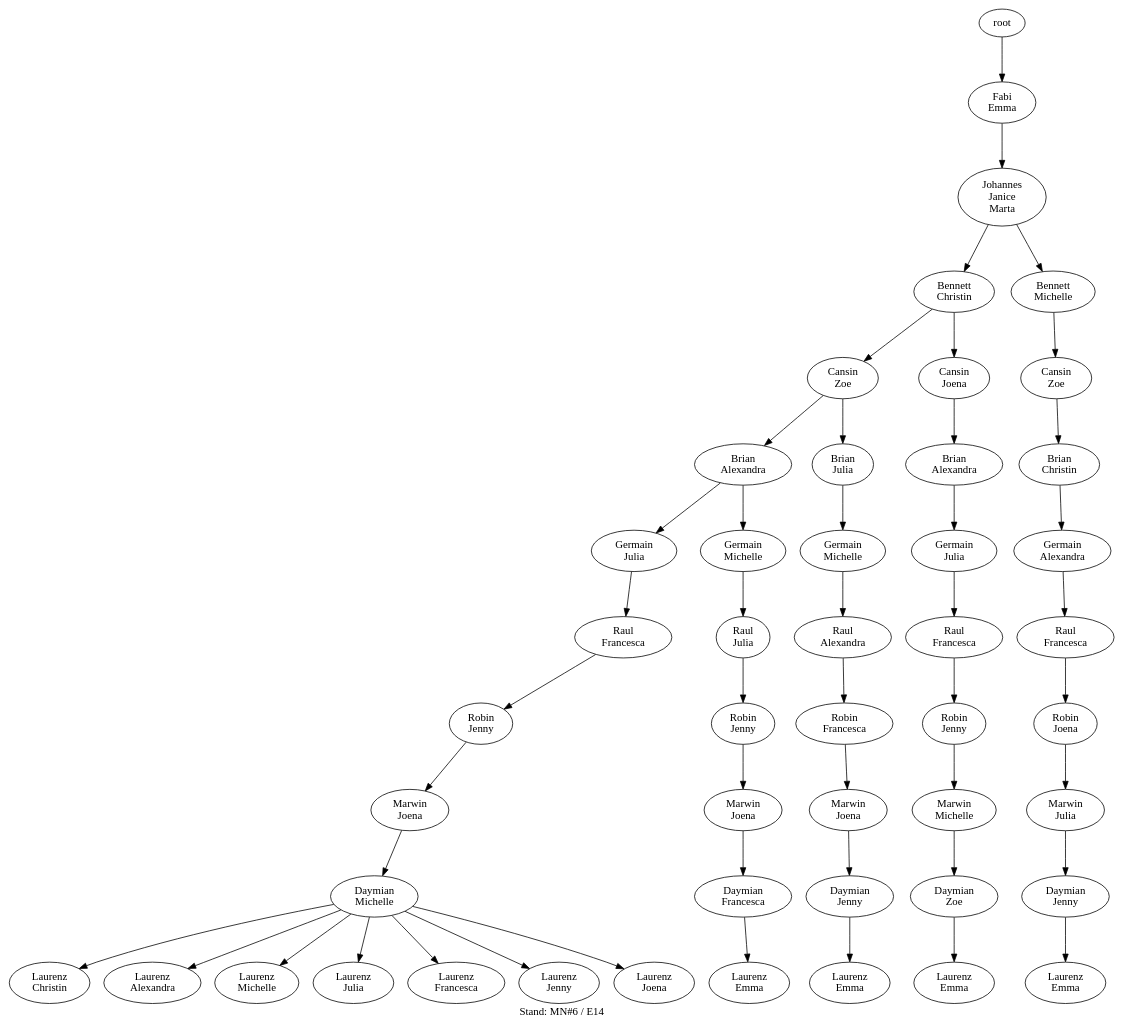
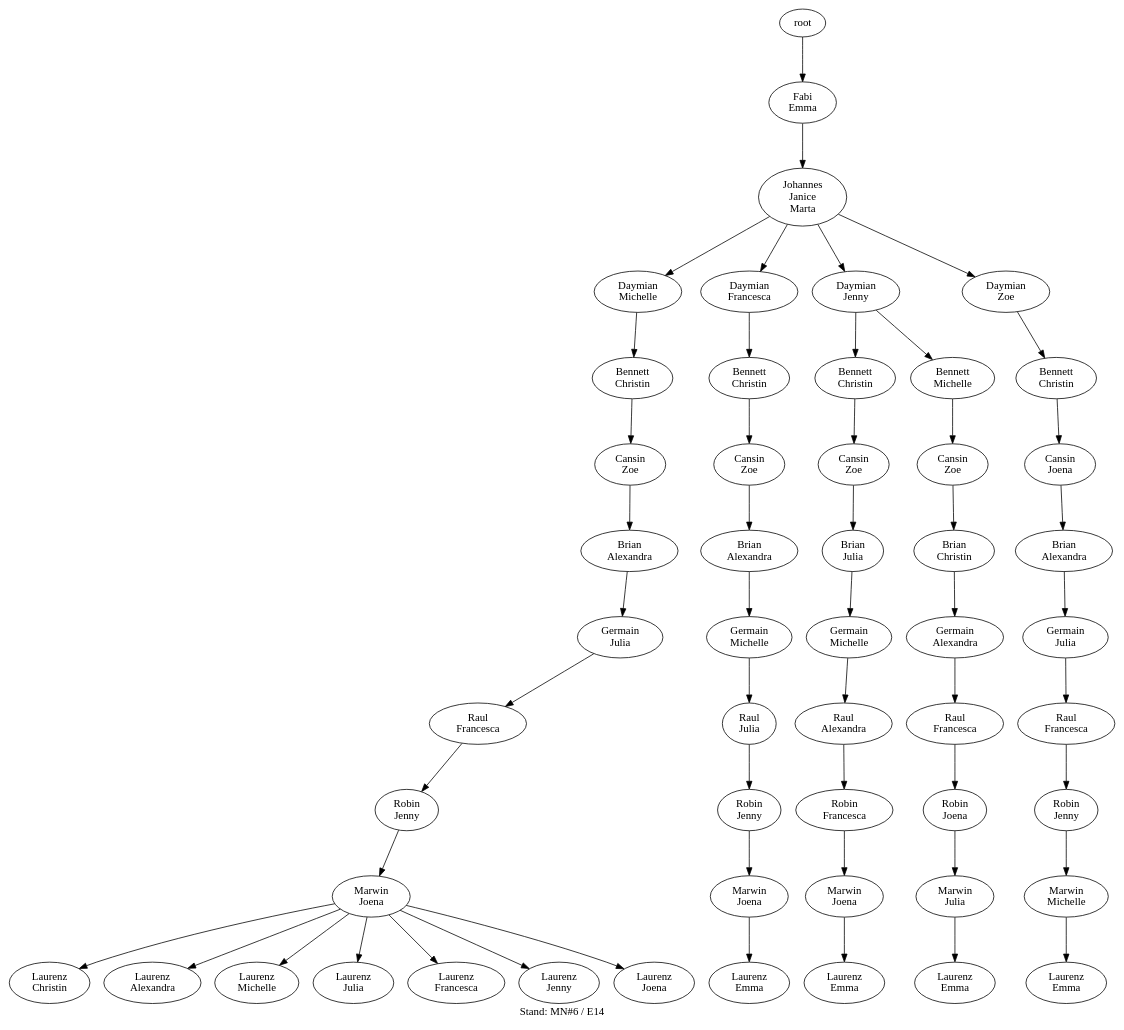
Before and after one commit to atticus-sullivan/sim-ayto: the diagram in data/de06r/de06r_13_tree_.dot, drawn with Graphviz. The commit also changed 1 other file, not shown here.

```diff
--- a/data/de06r/de06r_13_tree_.dot
+++ b/data/de06r/de06r_13_tree_.dot
@@ -3,94 +3,104 @@
 "root" -> "root/100";
 "root/100/10010000"[label="Johannes\nJanice\nMarta"]
 "root/100" -> "root/100/10010000";
-"root/100/10010000/10"[label="Bennett\nChristin"]
-"root/100/10010000" -> "root/100/10010000/10";
-"root/100/10010000/10/1000000000"[label="Cansin\nZoe"]
-"root/100/10010000/10" -> "root/100/10010000/10/1000000000";
-"root/100/10010000/10/1000000000/1"[label="Brian\nAlexandra"]
-"root/100/10010000/10/1000000000" -> "root/100/10010000/10/1000000000/1";
-"root/100/10010000/10/1000000000/1/1000000"[label="Germain\nJulia"]
-"root/100/10010000/10/1000000000/1" -> "root/100/10010000/10/1000000000/1/1000000";
-"root/100/10010000/10/1000000000/1/1000000/1000"[label="Raul\nFrancesca"]
-"root/100/10010000/10/1000000000/1/1000000" -> "root/100/10010000/10/1000000000/1/1000000/1000";
-"root/100/10010000/10/1000000000/1/1000000/1000/100000"[label="Robin\nJenny"]
-"root/100/10010000/10/1000000000/1/1000000/1000" -> "root/100/10010000/10/1000000000/1/1000000/1000/100000";
-"root/100/10010000/10/1000000000/1/1000000/1000/100000/10000000000"[label="Marwin\nJoena"]
-"root/100/10010000/10/1000000000/1/1000000/1000/100000" -> "root/100/10010000/10/1000000000/1/1000000/1000/100000/10000000000";
-"root/100/10010000/10/1000000000/1/1000000/1000/100000/10000000000/100000000"[label="Daymian\nMichelle"]
-"root/100/10010000/10/1000000000/1/1000000/1000/100000/10000000000" -> "root/100/10010000/10/1000000000/1/1000000/1000/100000/10000000000/100000000";
-"root/100/10010000/10/1000000000/1/1000000/1000/100000/10000000000/100000000/10"[label="Laurenz\nChristin"]
-"root/100/10010000/10/1000000000/1/1000000/1000/100000/10000000000/100000000" -> "root/100/10010000/10/1000000000/1/1000000/1000/100000/10000000000/100000000/10";
-"root/100/10010000/10/1000000000/1/1000000/1000/100000/10000000000/100000000/1"[label="Laurenz\nAlexandra"]
-"root/100/10010000/10/1000000000/1/1000000/1000/100000/10000000000/100000000" -> "root/100/10010000/10/1000000000/1/1000000/1000/100000/10000000000/100000000/1";
-"root/100/10010000/10/1000000000/1/1000000/1000/100000/10000000000/100000000/100000000"[label="Laurenz\nMichelle"]
-"root/100/10010000/10/1000000000/1/1000000/1000/100000/10000000000/100000000" -> "root/100/10010000/10/1000000000/1/1000000/1000/100000/10000000000/100000000/100000000";
-"root/100/10010000/10/1000000000/1/100000000"[label="Germain\nMichelle"]
-"root/100/10010000/10/1000000000/1" -> "root/100/10010000/10/1000000000/1/100000000";
-"root/100/10010000/10/1000000000/1/100000000/1000000"[label="Raul\nJulia"]
-"root/100/10010000/10/1000000000/1/100000000" -> "root/100/10010000/10/1000000000/1/100000000/1000000";
-"root/100/10010000/10/1000000000/1/100000000/1000000/100000"[label="Robin\nJenny"]
-"root/100/10010000/10/1000000000/1/100000000/1000000" -> "root/100/10010000/10/1000000000/1/100000000/1000000/100000";
-"root/100/10010000/10/1000000000/1/100000000/1000000/100000/10000000000"[label="Marwin\nJoena"]
-"root/100/10010000/10/1000000000/1/100000000/1000000/100000" -> "root/100/10010000/10/1000000000/1/100000000/1000000/100000/10000000000";
-"root/100/10010000/10/1000000000/1/100000000/1000000/100000/10000000000/1000"[label="Daymian\nFrancesca"]
-"root/100/10010000/10/1000000000/1/100000000/1000000/100000/10000000000" -> "root/100/10010000/10/1000000000/1/100000000/1000000/100000/10000000000/1000";
-"root/100/10010000/10/1000000000/1/100000000/1000000/100000/10000000000/1000/100"[label="Laurenz\nEmma"]
-"root/100/10010000/10/1000000000/1/100000000/1000000/100000/10000000000/1000" -> "root/100/10010000/10/1000000000/1/100000000/1000000/100000/10000000000/1000/100";
-"root/100/10010000/10/1000000000/1000000"[label="Brian\nJulia"]
-"root/100/10010000/10/1000000000" -> "root/100/10010000/10/1000000000/1000000";
-"root/100/10010000/10/1000000000/1000000/100000000"[label="Germain\nMichelle"]
-"root/100/10010000/10/1000000000/1000000" -> "root/100/10010000/10/1000000000/1000000/100000000";
-"root/100/10010000/10/1000000000/1000000/100000000/1"[label="Raul\nAlexandra"]
-"root/100/10010000/10/1000000000/1000000/100000000" -> "root/100/10010000/10/1000000000/1000000/100000000/1";
-"root/100/10010000/10/1000000000/1000000/100000000/1/1000"[label="Robin\nFrancesca"]
-"root/100/10010000/10/1000000000/1000000/100000000/1" -> "root/100/10010000/10/1000000000/1000000/100000000/1/1000";
-"root/100/10010000/10/1000000000/1000000/100000000/1/1000/10000000000"[label="Marwin\nJoena"]
-"root/100/10010000/10/1000000000/1000000/100000000/1/1000" -> "root/100/10010000/10/1000000000/1000000/100000000/1/1000/10000000000";
-"root/100/10010000/10/1000000000/1000000/100000000/1/1000/10000000000/100000"[label="Daymian\nJenny"]
-"root/100/10010000/10/1000000000/1000000/100000000/1/1000/10000000000" -> "root/100/10010000/10/1000000000/1000000/100000000/1/1000/10000000000/100000";
-"root/100/10010000/10/1000000000/1000000/100000000/1/1000/10000000000/100000/100"[label="Laurenz\nEmma"]
-"root/100/10010000/10/1000000000/1000000/100000000/1/1000/10000000000/100000" -> "root/100/10010000/10/1000000000/1000000/100000000/1/1000/10000000000/100000/100";
-"root/100/10010000/100000000"[label="Bennett\nMichelle"]
+"root/100/10010000/100000000"[label="Daymian\nMichelle"]
 "root/100/10010000" -> "root/100/10010000/100000000";
-"root/100/10010000/100000000/1000000000"[label="Cansin\nZoe"]
-"root/100/10010000/100000000" -> "root/100/10010000/100000000/1000000000";
-"root/100/10010000/100000000/1000000000/10"[label="Brian\nChristin"]
-"root/100/10010000/100000000/1000000000" -> "root/100/10010000/100000000/1000000000/10";
-"root/100/10010000/100000000/1000000000/10/1"[label="Germain\nAlexandra"]
-"root/100/10010000/100000000/1000000000/10" -> "root/100/10010000/100000000/1000000000/10/1";
-"root/100/10010000/100000000/1000000000/10/1/1000"[label="Raul\nFrancesca"]
-"root/100/10010000/100000000/1000000000/10/1" -> "root/100/10010000/100000000/1000000000/10/1/1000";
-"root/100/10010000/100000000/1000000000/10/1/1000/10000000000"[label="Robin\nJoena"]
-"root/100/10010000/100000000/1000000000/10/1/1000" -> "root/100/10010000/100000000/1000000000/10/1/1000/10000000000";
-"root/100/10010000/100000000/1000000000/10/1/1000/10000000000/1000000"[label="Marwin\nJulia"]
-"root/100/10010000/100000000/1000000000/10/1/1000/10000000000" -> "root/100/10010000/100000000/1000000000/10/1/1000/10000000000/1000000";
-"root/100/10010000/100000000/1000000000/10/1/1000/10000000000/1000000/100000"[label="Daymian\nJenny"]
-"root/100/10010000/100000000/1000000000/10/1/1000/10000000000/1000000" -> "root/100/10010000/100000000/1000000000/10/1/1000/10000000000/1000000/100000";
-"root/100/10010000/100000000/1000000000/10/1/1000/10000000000/1000000/100000/100"[label="Laurenz\nEmma"]
-"root/100/10010000/100000000/1000000000/10/1/1000/10000000000/1000000/100000" -> "root/100/10010000/100000000/1000000000/10/1/1000/10000000000/1000000/100000/100";
-"root/100/10010000/10/10000000000"[label="Cansin\nJoena"]
-"root/100/10010000/10" -> "root/100/10010000/10/10000000000";
-"root/100/10010000/10/10000000000/1"[label="Brian\nAlexandra"]
-"root/100/10010000/10/10000000000" -> "root/100/10010000/10/10000000000/1";
-"root/100/10010000/10/10000000000/1/1000000"[label="Germain\nJulia"]
-"root/100/10010000/10/10000000000/1" -> "root/100/10010000/10/10000000000/1/1000000";
-"root/100/10010000/10/10000000000/1/1000000/1000"[label="Raul\nFrancesca"]
-"root/100/10010000/10/10000000000/1/1000000" -> "root/100/10010000/10/10000000000/1/1000000/1000";
-"root/100/10010000/10/10000000000/1/1000000/1000/100000"[label="Robin\nJenny"]
-"root/100/10010000/10/10000000000/1/1000000/1000" -> "root/100/10010000/10/10000000000/1/1000000/1000/100000";
-"root/100/10010000/10/10000000000/1/1000000/1000/100000/100000000"[label="Marwin\nMichelle"]
-"root/100/10010000/10/10000000000/1/1000000/1000/100000" -> "root/100/10010000/10/10000000000/1/1000000/1000/100000/100000000";
-"root/100/10010000/10/10000000000/1/1000000/1000/100000/100000000/1000000000"[label="Daymian\nZoe"]
-"root/100/10010000/10/10000000000/1/1000000/1000/100000/100000000" -> "root/100/10010000/10/10000000000/1/1000000/1000/100000/100000000/1000000000";
-"root/100/10010000/10/10000000000/1/1000000/1000/100000/100000000/1000000000/100"[label="Laurenz\nEmma"]
-"root/100/10010000/10/10000000000/1/1000000/1000/100000/100000000/1000000000" -> "root/100/10010000/10/10000000000/1/1000000/1000/100000/100000000/1000000000/100";
-"root/100/10010000/10/1000000000/1/1000000/1000/100000/10000000000/100000000/1000000"[label="Laurenz\nJulia"]
-"root/100/10010000/10/1000000000/1/1000000/1000/100000/10000000000/100000000" -> "root/100/10010000/10/1000000000/1/1000000/1000/100000/10000000000/100000000/1000000";
-"root/100/10010000/10/1000000000/1/1000000/1000/100000/10000000000/100000000/1000"[label="Laurenz\nFrancesca"]
-"root/100/10010000/10/1000000000/1/1000000/1000/100000/10000000000/100000000" -> "root/100/10010000/10/1000000000/1/1000000/1000/100000/10000000000/100000000/1000";
-"root/100/10010000/10/1000000000/1/1000000/1000/100000/10000000000/100000000/100000"[label="Laurenz\nJenny"]
-"root/100/10010000/10/1000000000/1/1000000/1000/100000/10000000000/100000000" -> "root/100/10010000/10/1000000000/1/1000000/1000/100000/10000000000/100000000/100000";
-"root/100/10010000/10/1000000000/1/1000000/1000/100000/10000000000/100000000/10000000000"[label="Laurenz\nJoena"]
-"root/100/10010000/10/1000000000/1/1000000/1000/100000/10000000000/100000000" -> "root/100/10010000/10/1000000000/1/1000000/1000/100000/10000000000/100000000/10000000000";
+"root/100/10010000/100000000/10"[label="Bennett\nChristin"]
+"root/100/10010000/100000000" -> "root/100/10010000/100000000/10";
+"root/100/10010000/100000000/10/1000000000"[label="Cansin\nZoe"]
+"root/100/10010000/100000000/10" -> "root/100/10010000/100000000/10/1000000000";
+"root/100/10010000/100000000/10/1000000000/1"[label="Brian\nAlexandra"]
+"root/100/10010000/100000000/10/1000000000" -> "root/100/10010000/100000000/10/1000000000/1";
+"root/100/10010000/100000000/10/1000000000/1/1000000"[label="Germain\nJulia"]
+"root/100/10010000/100000000/10/1000000000/1" -> "root/100/10010000/100000000/10/1000000000/1/1000000";
+"root/100/10010000/100000000/10/1000000000/1/1000000/1000"[label="Raul\nFrancesca"]
+"root/100/10010000/100000000/10/1000000000/1/1000000" -> "root/100/10010000/100000000/10/1000000000/1/1000000/1000";
+"root/100/10010000/100000000/10/1000000000/1/1000000/1000/100000"[label="Robin\nJenny"]
+"root/100/10010000/100000000/10/1000000000/1/1000000/1000" -> "root/100/10010000/100000000/10/1000000000/1/1000000/1000/100000";
+"root/100/10010000/100000000/10/1000000000/1/1000000/1000/100000/10000000000"[label="Marwin\nJoena"]
+"root/100/10010000/100000000/10/1000000000/1/1000000/1000/100000" -> "root/100/10010000/100000000/10/1000000000/1/1000000/1000/100000/10000000000";
+"root/100/10010000/100000000/10/1000000000/1/1000000/1000/100000/10000000000/10"[label="Laurenz\nChristin"]
+"root/100/10010000/100000000/10/1000000000/1/1000000/1000/100000/10000000000" -> "root/100/10010000/100000000/10/1000000000/1/1000000/1000/100000/10000000000/10";
+"root/100/10010000/100000000/10/1000000000/1/1000000/1000/100000/10000000000/1"[label="Laurenz\nAlexandra"]
+"root/100/10010000/100000000/10/1000000000/1/1000000/1000/100000/10000000000" -> "root/100/10010000/100000000/10/1000000000/1/1000000/1000/100000/10000000000/1";
+"root/100/10010000/100000000/10/1000000000/1/1000000/1000/100000/10000000000/100000000"[label="Laurenz\nMichelle"]
+"root/100/10010000/100000000/10/1000000000/1/1000000/1000/100000/10000000000" -> "root/100/10010000/100000000/10/1000000000/1/1000000/1000/100000/10000000000/100000000";
+"root/100/10010000/1000"[label="Daymian\nFrancesca"]
+"root/100/10010000" -> "root/100/10010000/1000";
+"root/100/10010000/1000/10"[label="Bennett\nChristin"]
+"root/100/10010000/1000" -> "root/100/10010000/1000/10";
+"root/100/10010000/1000/10/1000000000"[label="Cansin\nZoe"]
+"root/100/10010000/1000/10" -> "root/100/10010000/1000/10/1000000000";
+"root/100/10010000/1000/10/1000000000/1"[label="Brian\nAlexandra"]
+"root/100/10010000/1000/10/1000000000" -> "root/100/10010000/1000/10/1000000000/1";
+"root/100/10010000/1000/10/1000000000/1/100000000"[label="Germain\nMichelle"]
+"root/100/10010000/1000/10/1000000000/1" -> "root/100/10010000/1000/10/1000000000/1/100000000";
+"root/100/10010000/1000/10/1000000000/1/100000000/1000000"[label="Raul\nJulia"]
+"root/100/10010000/1000/10/1000000000/1/100000000" -> "root/100/10010000/1000/10/1000000000/1/100000000/1000000";
+"root/100/10010000/1000/10/1000000000/1/100000000/1000000/100000"[label="Robin\nJenny"]
+"root/100/10010000/1000/10/1000000000/1/100000000/1000000" -> "root/100/10010000/1000/10/1000000000/1/100000000/1000000/100000";
+"root/100/10010000/1000/10/1000000000/1/100000000/1000000/100000/10000000000"[label="Marwin\nJoena"]
+"root/100/10010000/1000/10/1000000000/1/100000000/1000000/100000" -> "root/100/10010000/1000/10/1000000000/1/100000000/1000000/100000/10000000000";
+"root/100/10010000/1000/10/1000000000/1/100000000/1000000/100000/10000000000/100"[label="Laurenz\nEmma"]
+"root/100/10010000/1000/10/1000000000/1/100000000/1000000/100000/10000000000" -> "root/100/10010000/1000/10/1000000000/1/100000000/1000000/100000/10000000000/100";
+"root/100/10010000/100000"[label="Daymian\nJenny"]
+"root/100/10010000" -> "root/100/10010000/100000";
+"root/100/10010000/100000/10"[label="Bennett\nChristin"]
+"root/100/10010000/100000" -> "root/100/10010000/100000/10";
+"root/100/10010000/100000/10/1000000000"[label="Cansin\nZoe"]
+"root/100/10010000/100000/10" -> "root/100/10010000/100000/10/1000000000";
+"root/100/10010000/100000/10/1000000000/1000000"[label="Brian\nJulia"]
+"root/100/10010000/100000/10/1000000000" -> "root/100/10010000/100000/10/1000000000/1000000";
+"root/100/10010000/100000/10/1000000000/1000000/100000000"[label="Germain\nMichelle"]
+"root/100/10010000/100000/10/1000000000/1000000" -> "root/100/10010000/100000/10/1000000000/1000000/100000000";
+"root/100/10010000/100000/10/1000000000/1000000/100000000/1"[label="Raul\nAlexandra"]
+"root/100/10010000/100000/10/1000000000/1000000/100000000" -> "root/100/10010000/100000/10/1000000000/1000000/100000000/1";
+"root/100/10010000/100000/10/1000000000/1000000/100000000/1/1000"[label="Robin\nFrancesca"]
+"root/100/10010000/100000/10/1000000000/1000000/100000000/1" -> "root/100/10010000/100000/10/1000000000/1000000/100000000/1/1000";
+"root/100/10010000/100000/10/1000000000/1000000/100000000/1/1000/10000000000"[label="Marwin\nJoena"]
+"root/100/10010000/100000/10/1000000000/1000000/100000000/1/1000" -> "root/100/10010000/100000/10/1000000000/1000000/100000000/1/1000/10000000000";
+"root/100/10010000/100000/10/1000000000/1000000/100000000/1/1000/10000000000/100"[label="Laurenz\nEmma"]
+"root/100/10010000/100000/10/1000000000/1000000/100000000/1/1000/10000000000" -> "root/100/10010000/100000/10/1000000000/1000000/100000000/1/1000/10000000000/100";
+"root/100/10010000/100000/100000000"[label="Bennett\nMichelle"]
+"root/100/10010000/100000" -> "root/100/10010000/100000/100000000";
+"root/100/10010000/100000/100000000/1000000000"[label="Cansin\nZoe"]
+"root/100/10010000/100000/100000000" -> "root/100/10010000/100000/100000000/1000000000";
+"root/100/10010000/100000/100000000/1000000000/10"[label="Brian\nChristin"]
+"root/100/10010000/100000/100000000/1000000000" -> "root/100/10010000/100000/100000000/1000000000/10";
+"root/100/10010000/100000/100000000/1000000000/10/1"[label="Germain\nAlexandra"]
+"root/100/10010000/100000/100000000/1000000000/10" -> "root/100/10010000/100000/100000000/1000000000/10/1";
+"root/100/10010000/100000/100000000/1000000000/10/1/1000"[label="Raul\nFrancesca"]
+"root/100/10010000/100000/100000000/1000000000/10/1" -> "root/100/10010000/100000/100000000/1000000000/10/1/1000";
+"root/100/10010000/100000/100000000/1000000000/10/1/1000/10000000000"[label="Robin\nJoena"]
+"root/100/10010000/100000/100000000/1000000000/10/1/1000" -> "root/100/10010000/100000/100000000/1000000000/10/1/1000/10000000000";
+"root/100/10010000/100000/100000000/1000000000/10/1/1000/10000000000/1000000"[label="Marwin\nJulia"]
+"root/100/10010000/100000/100000000/1000000000/10/1/1000/10000000000" -> "root/100/10010000/100000/100000000/1000000000/10/1/1000/10000000000/1000000";
+"root/100/10010000/100000/100000000/1000000000/10/1/1000/10000000000/1000000/100"[label="Laurenz\nEmma"]
+"root/100/10010000/100000/100000000/1000000000/10/1/1000/10000000000/1000000" -> "root/100/10010000/100000/100000000/1000000000/10/1/1000/10000000000/1000000/100";
+"root/100/10010000/1000000000"[label="Daymian\nZoe"]
+"root/100/10010000" -> "root/100/10010000/1000000000";
+"root/100/10010000/1000000000/10"[label="Bennett\nChristin"]
+"root/100/10010000/1000000000" -> "root/100/10010000/1000000000/10";
+"root/100/10010000/1000000000/10/10000000000"[label="Cansin\nJoena"]
+"root/100/10010000/1000000000/10" -> "root/100/10010000/1000000000/10/10000000000";
+"root/100/10010000/1000000000/10/10000000000/1"[label="Brian\nAlexandra"]
+"root/100/10010000/1000000000/10/10000000000" -> "root/100/10010000/1000000000/10/10000000000/1";
+"root/100/10010000/1000000000/10/10000000000/1/1000000"[label="Germain\nJulia"]
+"root/100/10010000/1000000000/10/10000000000/1" -> "root/100/10010000/1000000000/10/10000000000/1/1000000";
+"root/100/10010000/1000000000/10/10000000000/1/1000000/1000"[label="Raul\nFrancesca"]
+"root/100/10010000/1000000000/10/10000000000/1/1000000" -> "root/100/10010000/1000000000/10/10000000000/1/1000000/1000";
+"root/100/10010000/1000000000/10/10000000000/1/1000000/1000/100000"[label="Robin\nJenny"]
+"root/100/10010000/1000000000/10/10000000000/1/1000000/1000" -> "root/100/10010000/1000000000/10/10000000000/1/1000000/1000/100000";
+"root/100/10010000/1000000000/10/10000000000/1/1000000/1000/100000/100000000"[label="Marwin\nMichelle"]
+"root/100/10010000/1000000000/10/10000000000/1/1000000/1000/100000" -> "root/100/10010000/1000000000/10/10000000000/1/1000000/1000/100000/100000000";
+"root/100/10010000/1000000000/10/10000000000/1/1000000/1000/100000/100000000/100"[label="Laurenz\nEmma"]
+"root/100/10010000/1000000000/10/10000000000/1/1000000/1000/100000/100000000" -> "root/100/10010000/1000000000/10/10000000000/1/1000000/1000/100000/100000000/100";
+"root/100/10010000/100000000/10/1000000000/1/1000000/1000/100000/10000000000/1000000"[label="Laurenz\nJulia"]
+"root/100/10010000/100000000/10/1000000000/1/1000000/1000/100000/10000000000" -> "root/100/10010000/100000000/10/1000000000/1/1000000/1000/100000/10000000000/1000000";
+"root/100/10010000/100000000/10/1000000000/1/1000000/1000/100000/10000000000/1000"[label="Laurenz\nFrancesca"]
+"root/100/10010000/100000000/10/1000000000/1/1000000/1000/100000/10000000000" -> "root/100/10010000/100000000/10/1000000000/1/1000000/1000/100000/10000000000/1000";
+"root/100/10010000/100000000/10/1000000000/1/1000000/1000/100000/10000000000/100000"[label="Laurenz\nJenny"]
+"root/100/10010000/100000000/10/1000000000/1/1000000/1000/100000/10000000000" -> "root/100/10010000/100000000/10/1000000000/1/1000000/1000/100000/10000000000/100000";
+"root/100/10010000/100000000/10/1000000000/1/1000000/1000/100000/10000000000/10000000000"[label="Laurenz\nJoena"]
+"root/100/10010000/100000000/10/1000000000/1/1000000/1000/100000/10000000000" -> "root/100/10010000/100000000/10/1000000000/1/1000000/1000/100000/10000000000/10000000000";
 }
```
